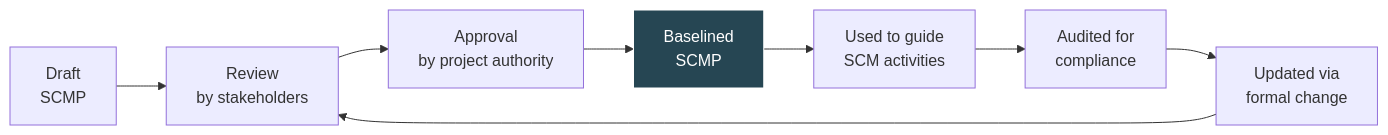
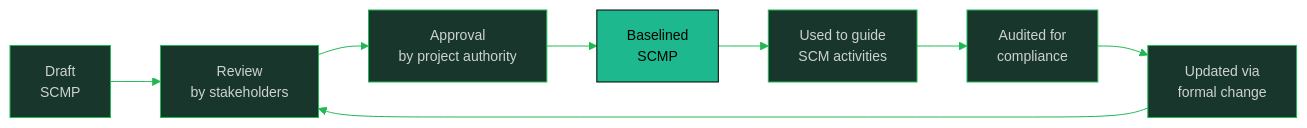
The fourth of 5 diagrams in software-engineering-note/08_Software_Configuration_Management/08_Configuration_Auditing.md (oat431/swe-knowledge), drawn with Mermaid before and after one commit. The commit also changed other lines of this file and 13 other files, not shown here.

````diff
--- a/software-engineering-note/08_Software_Configuration_Management/08_Configuration_Auditing.md
+++ b/software-engineering-note/08_Software_Configuration_Management/08_Configuration_Auditing.md
@@ -362,12 +365,13 @@
 ```mermaid
+%%{init: {'theme':'base','themeVariables':{'primaryColor':'#19362D','primaryTextColor':'#CDD3D1','primaryBorderColor':'#1FB854','lineColor':'#1FB854','secondaryColor':'#161212','tertiaryColor':'#1B1717','background':'#1B1717','mainBkg':'#19362D','nodeBorder':'#1FB854','clusterBkg':'#161212','clusterBorder':'#19362D','titleColor':'#1FB854','edgeLabelBackground':'#161212','fontSize':'14px'}}}%%
 graph LR
     DRAFT["Draft<br/>SCMP"] --> REVIEW["Review<br/>by stakeholders"]
     REVIEW --> APPROVE["Approval<br/>by project authority"]
     APPROVE --> BASELINE["Baselined<br/>SCMP"]
     BASELINE --> USE["Used to guide<br/>SCM activities"]
     USE --> AUDIT["Audited for<br/>compliance"]
     AUDIT --> UPDATE["Updated via<br/>formal change"]
     UPDATE --> REVIEW
 
-    style BASELINE fill:#264653,stroke:#fff,color:#fff
+    style BASELINE fill:#1EB88E,stroke:#000000,color:#000000
 ```
````
